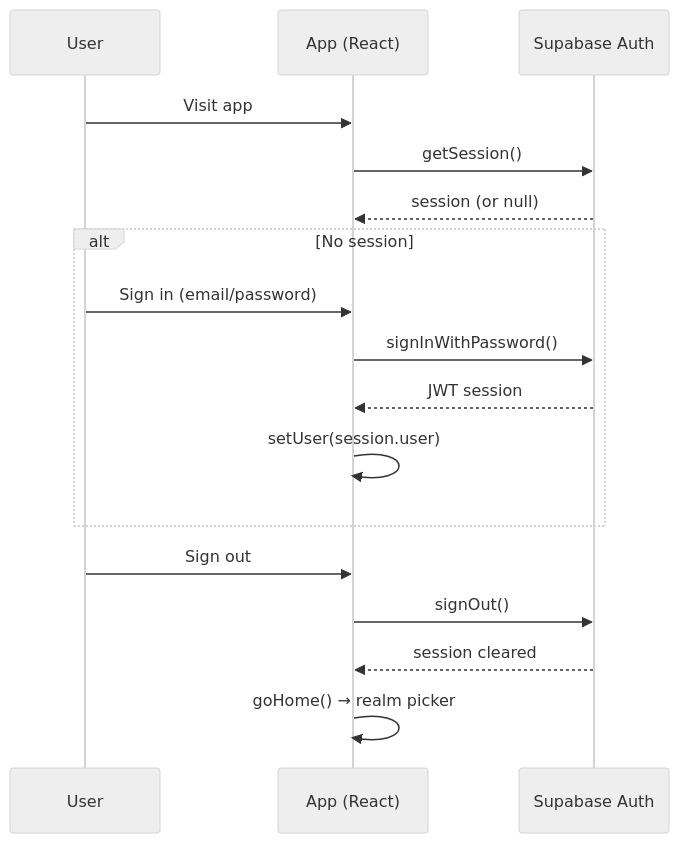
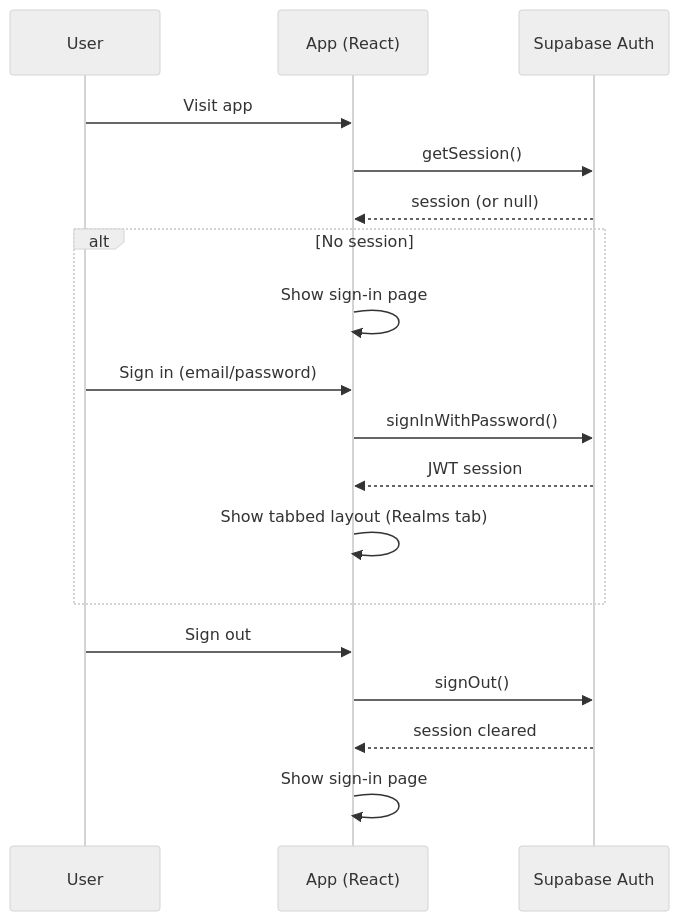
Before and after one commit to poojanp00/carcasonne-tracker: the third of 4 diagrams in README.md, drawn with Mermaid (neutral theme). The commit also changed other lines of this file and 14 other files, not shown here.

````diff
--- a/README.md
+++ b/README.md
@@ -127,22 +128,23 @@
 ```mermaid
 sequenceDiagram
     participant U as User
     participant A as App (React)
     participant S as Supabase Auth
 
     U->>A: Visit app
     A->>S: getSession()
     S-->>A: session (or null)
 
     alt No session
+        A->>A: Show sign-in page
         U->>A: Sign in (email/password)
         A->>S: signInWithPassword()
         S-->>A: JWT session
-        A->>A: setUser(session.user)
+        A->>A: Show tabbed layout (Realms tab)
     end
 
     U->>A: Sign out
     A->>S: signOut()
     S-->>A: session cleared
-    A->>A: goHome() → realm picker
+    A->>A: Show sign-in page
 ```
````
